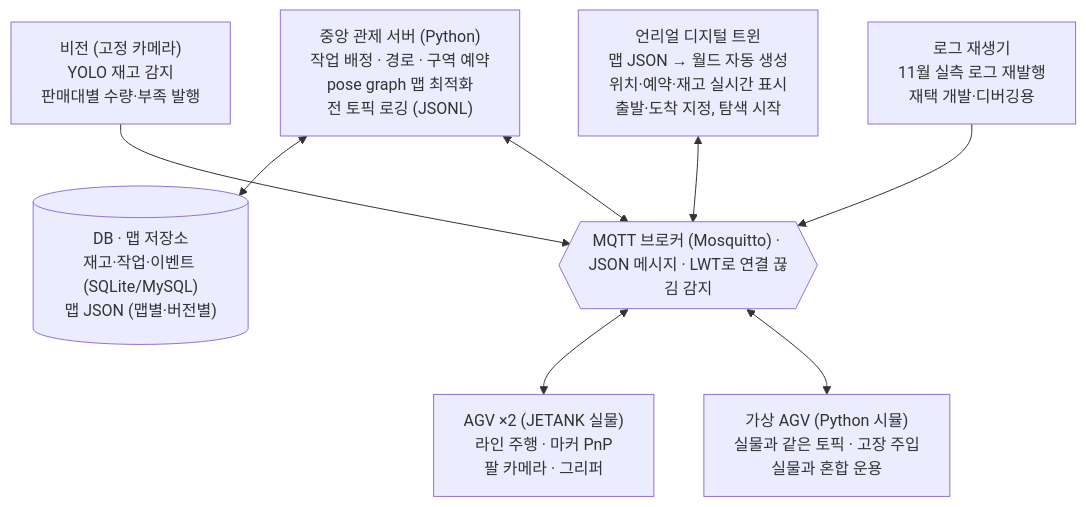
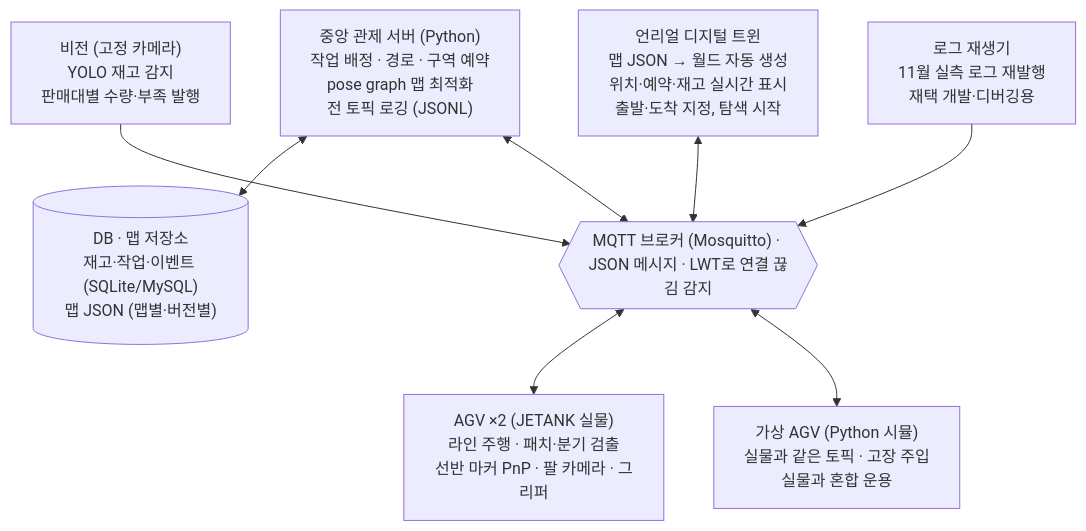
One commit to SSAFY16-PJT-AGV/AGV changed the diagram in docs/design.md. Above: the diagram before and after it, drawn with Mermaid. The commit also changed other lines of this file and 3 other files, not shown here.

````diff
--- a/docs/design.md
+++ b/docs/design.md
@@ -23,19 +29,19 @@
 ```mermaid
 flowchart TB
     DB[("DB · 맵 저장소<br/>재고·작업·이벤트 (SQLite/MySQL)<br/>맵 JSON (맵별·버전별)")]
     VIS["비전 (고정 카메라)<br/>YOLO 재고 감지<br/>판매대별 수량·부족 발행"]
     TWIN["언리얼 디지털 트윈<br/>맵 JSON → 월드 자동 생성<br/>위치·예약·재고 실시간 표시<br/>출발·도착 지정, 탐색 시작"]
     SRV["중앙 관제 서버 (Python)<br/>작업 배정 · 경로 · 구역 예약<br/>pose graph 맵 최적화<br/>전 토픽 로깅 (JSONL)"]
     BUS{{"MQTT 브로커 (Mosquitto) · JSON 메시지 · LWT로 연결 끊김 감지"}}
-    AGV["AGV ×2 (JETANK 실물)<br/>라인 주행 · 마커 PnP<br/>팔 카메라 · 그리퍼"]
+    AGV["AGV ×2 (JETANK 실물)<br/>라인 주행 · 패치·분기 검출<br/>선반 마커 PnP · 팔 카메라 · 그리퍼"]
     SIM["가상 AGV (Python 시뮬)<br/>실물과 같은 토픽 · 고장 주입<br/>실물과 혼합 운용"]
     REP["로그 재생기<br/>11월 실측 로그 재발행<br/>재택 개발·디버깅용"]
 
     SRV <--> DB
     VIS --> BUS
     TWIN <--> BUS
     SRV <--> BUS
     BUS <--> AGV
     BUS <--> SIM
     REP --> BUS
 ```
````
